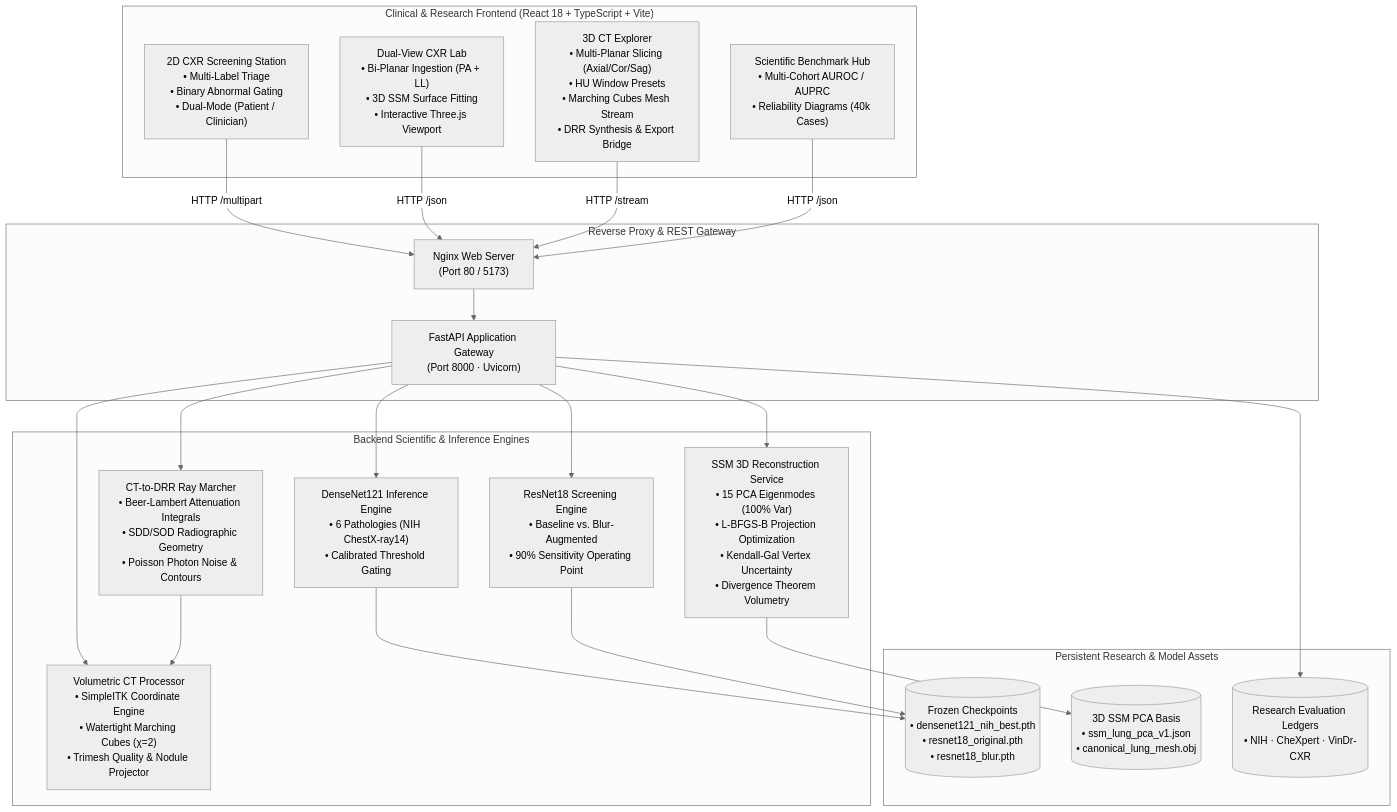
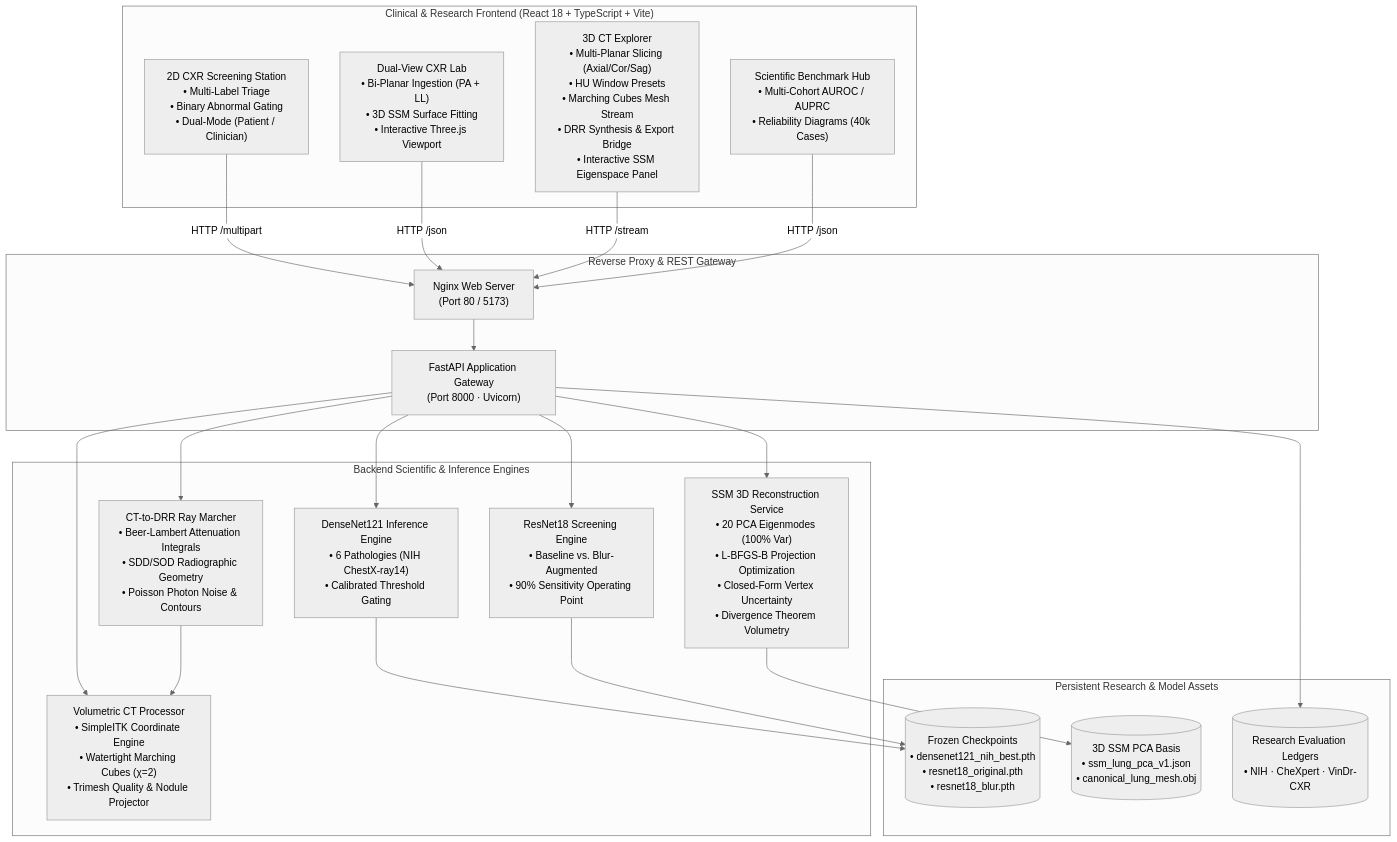
One commit to Babul-Kumar/LungVision changed the diagram in README.md. Above: the diagram before and after it, drawn with Mermaid (neutral theme). The commit also changed other lines of this file and 10 other files, not shown here.

````diff
--- a/README.md
+++ b/README.md
@@ -21,47 +21,47 @@
 ```mermaid
 flowchart TD
     subgraph Client ["Clinical & Research Frontend (React 18 + TypeScript + Vite)"]
         UI_XRAY["2D CXR Screening Station\n• Multi-Label Triage\n• Binary Abnormal Gating\n• Dual-Mode (Patient / Clinician)"]
         UI_DUAL["Dual-View CXR Lab\n• Bi-Planar Ingestion (PA + LL)\n• 3D SSM Surface Fitting\n• Interactive Three.js Viewport"]
-        UI_CT["3D CT Explorer\n• Multi-Planar Slicing (Axial/Cor/Sag)\n• HU Window Presets\n• Marching Cubes Mesh Stream\n• DRR Synthesis & Export Bridge"]
+        UI_CT["3D CT Explorer\n• Multi-Planar Slicing (Axial/Cor/Sag)\n• HU Window Presets\n• Marching Cubes Mesh Stream\n• DRR Synthesis & Export Bridge\n• Interactive SSM Eigenspace Panel"]
         UI_RES["Scientific Benchmark Hub\n• Multi-Cohort AUROC / AUPRC\n• Reliability Diagrams (40k Cases)"]
     end
 
     subgraph Gateway ["Reverse Proxy & REST Gateway"]
         NGINX["Nginx Web Server\n(Port 80 / 5173)"]
         API["FastAPI Application Gateway\n(Port 8000 · Uvicorn)"]
     end
 
     subgraph BackendServices ["Backend Scientific & Inference Engines"]
         INF_DENSE["DenseNet121 Inference Engine\n• 6 Pathologies (NIH ChestX-ray14)\n• Calibrated Threshold Gating"]
         INF_RES["ResNet18 Screening Engine\n• Baseline vs. Blur-Augmented\n• 90% Sensitivity Operating Point"]
-        SSM_ENG["SSM 3D Reconstruction Service\n• 15 PCA Eigenmodes (100% Var)\n• L-BFGS-B Projection Optimization\n• Kendall-Gal Vertex Uncertainty\n• Divergence Theorem Volumetry"]
+        SSM_ENG["SSM 3D Reconstruction Service\n• 20 PCA Eigenmodes (100% Var)\n• L-BFGS-B Projection Optimization\n• Closed-Form Vertex Uncertainty\n• Divergence Theorem Volumetry"]
         DRR_ENG["CT-to-DRR Ray Marcher\n• Beer-Lambert Attenuation Integrals\n• SDD/SOD Radiographic Geometry\n• Poisson Photon Noise & Contours"]
         CT_ENG["Volumetric CT Processor\n• SimpleITK Coordinate Engine\n• Watertight Marching Cubes (χ=2)\n• Trimesh Quality & Nodule Projector"]
     end
 
     subgraph Storage ["Persistent Research & Model Assets"]
         WEIGHTS[("Frozen Checkpoints\n• densenet121_nih_best.pth\n• resnet18_original.pth\n• resnet18_blur.pth")]
         SSM_DATA[("3D SSM PCA Basis\n• ssm_lung_pca_v1.json\n• canonical_lung_mesh.obj")]
         BENCHMARKS[("Research Evaluation Ledgers\n• NIH · CheXpert · VinDr-CXR")]
     end
 
     UI_XRAY -->|HTTP /multipart| NGINX
     UI_DUAL -->|HTTP /json| NGINX
     UI_CT -->|HTTP /stream| NGINX
     UI_RES -->|HTTP /json| NGINX
 
     NGINX --> API
 
     API --> INF_DENSE
     API --> INF_RES
     API --> SSM_ENG
     API --> DRR_ENG
     API --> CT_ENG
 
     INF_DENSE --> WEIGHTS
     INF_RES --> WEIGHTS
     SSM_ENG --> SSM_DATA
     DRR_ENG --> CT_ENG
     API --> BENCHMARKS
 ```
````
